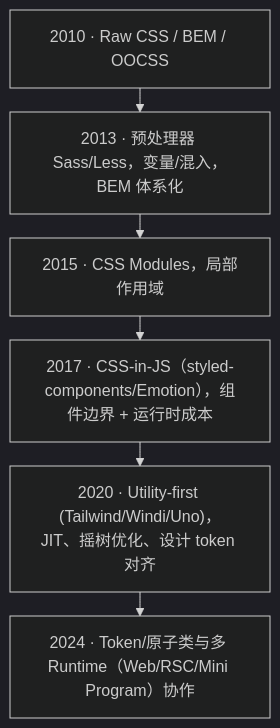
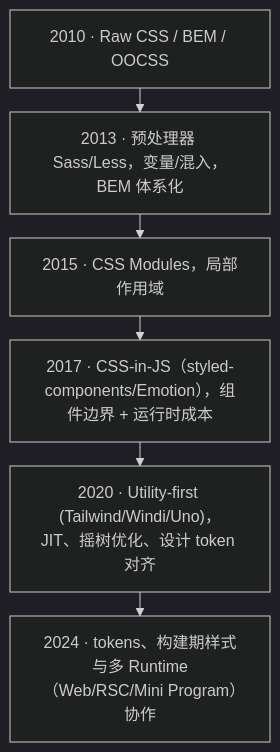
The first of 2 diagrams in website/docs/tailwindcss/history/index.mdx (sonofmagic/weapp-tailwindcss), drawn with Mermaid (dark theme) before and after one commit. The commit also changed other lines of this file and 3 other files, not shown here.

````diff
--- a/website/docs/tailwindcss/history/index.mdx
+++ b/website/docs/tailwindcss/history/index.mdx
@@ -39,12 +47,12 @@
 ```mermaid
 %%{ init: { "flowchart": { "curve": "basis", "nodeSpacing": 32, "rankSpacing": 24 } } }%%
 flowchart TB
   A["2010 · Raw CSS / BEM / OOCSS"]
   B["2013 · 预处理器 Sass/Less，变量/混入，BEM 体系化"]
   C["2015 · CSS Modules，局部作用域"]
   D["2017 · CSS-in-JS（styled-components/Emotion），组件边界 + 运行时成本"]
   E["2020 · Utility-first (Tailwind/Windi/Uno)，JIT、摇树优化、设计 token 对齐"]
-  F["2024 · Token/原子类与多 Runtime（Web/RSC/Mini Program）协作"]
+  F["2024 · tokens、构建期样式与多 Runtime（Web/RSC/Mini Program）协作"]
 
   A --> B --> C --> D --> E --> F
 ```
````
